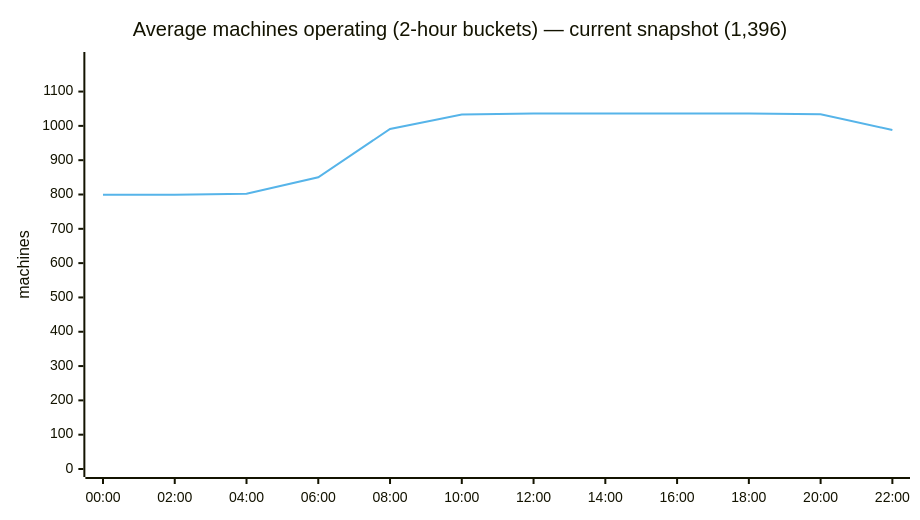
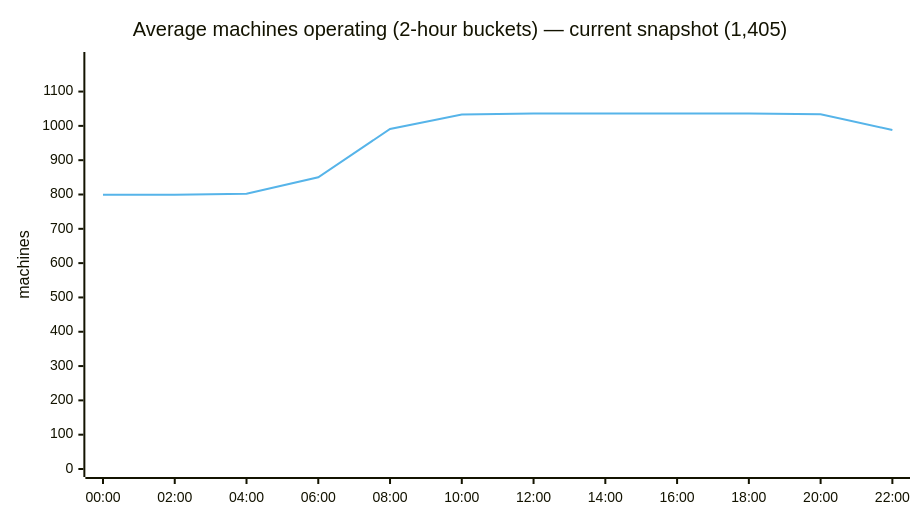
The second of 5 diagrams in ANALYSIS.md (cheeaun/returnright-data), drawn with Mermaid before and after one commit. The commit also changed other lines of this file and 4 other files, not shown here.

````diff
--- a/ANALYSIS.md
+++ b/ANALYSIS.md
@@ -66,15 +66,15 @@
 ```mermaid
 ---
 config:
   themeVariables:
     xyChart:
       plotColorPalette: "#56B4E9"
   xyChart:
     width: 900
 ---
 xychart-beta
-    title "Average machines operating (2-hour buckets) — current snapshot (1,396)"
+    title "Average machines operating (2-hour buckets) — current snapshot (1,405)"
     x-axis ["00:00", "02:00", "04:00", "06:00", "08:00", "10:00", "12:00", "14:00", "16:00", "18:00", "20:00", "22:00"]
     y-axis "machines" 0 --> 1192
     line [799, 799, 802, 850, 991, 1033, 1036, 1036, 1036, 1036, 1034, 988]
 ```
````
